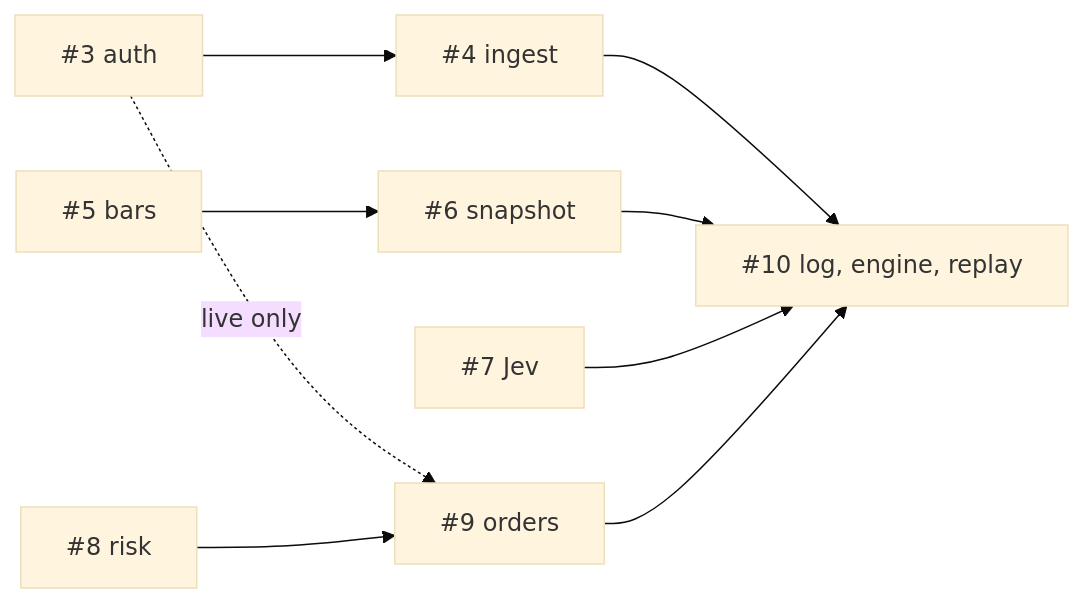
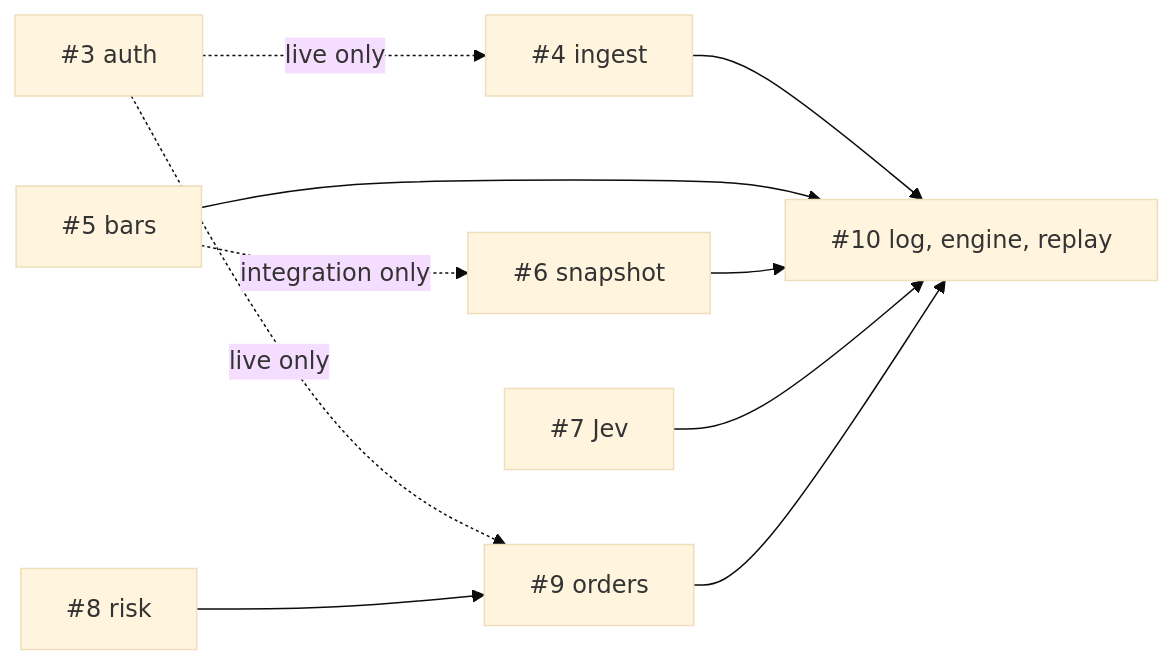
The second of 2 diagrams in reports/0002-architecture.md (sanjeev2040/jev-trader), drawn with Mermaid (base theme) before and after one commit. The commit also changed other lines of this file, not shown here.

Commit message:
no-mistakes(review): Fix decider contract, dependency graph, log rows, 4xx reason

````diff
--- a/reports/0002-architecture.md
+++ b/reports/0002-architecture.md
@@ -300,11 +302,12 @@
 ```mermaid
 flowchart LR
-  I3["#3 auth"] --> I4["#4 ingest"]
+  I3["#3 auth"] -. live only .-> I4["#4 ingest"]
   I3 -. live only .-> I9
   I4 --> I10
-  I5["#5 bars"] --> I6["#6 snapshot"]
+  I5["#5 bars"] -. integration only .-> I6["#6 snapshot"]
+  I5 --> I10
   I6 --> I10["#10 log, engine, replay"]
   I7["#7 Jev"] --> I10
   I8["#8 risk"] --> I9["#9 orders"]
   I9 --> I10
 ```
````
